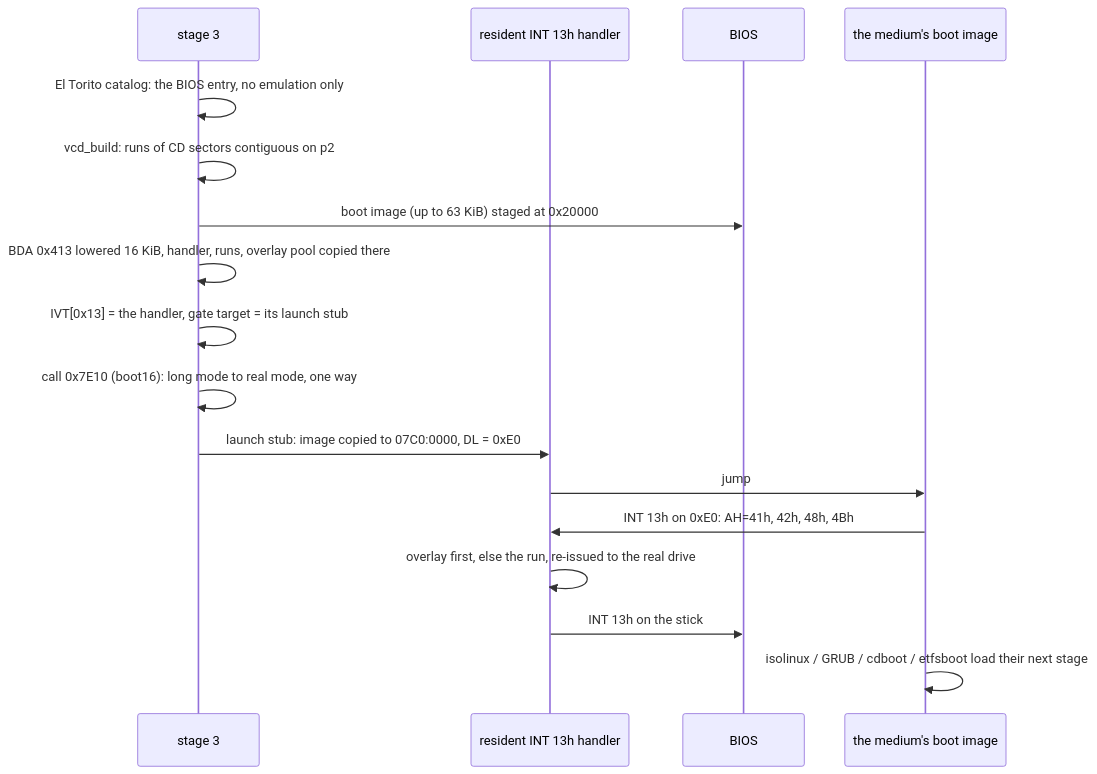
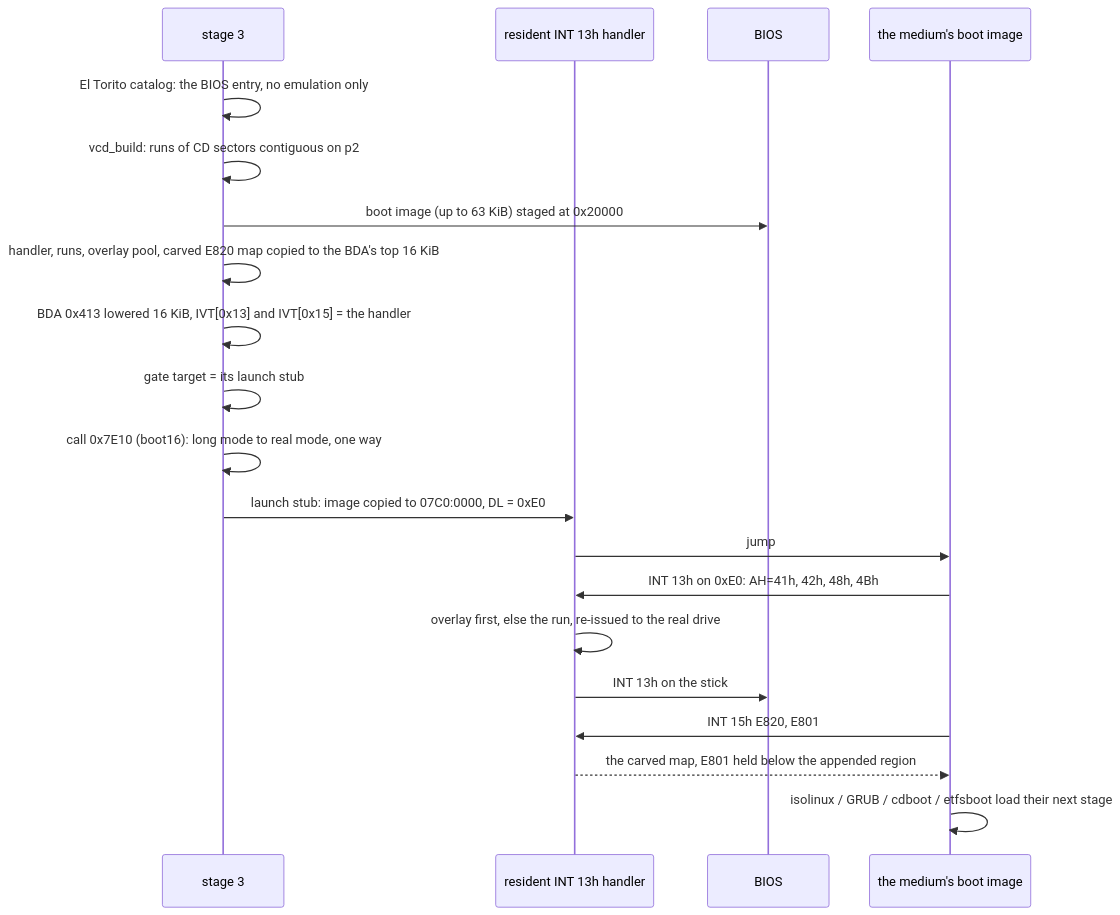
Diagram 18 of 20 in docs/DESIGN.md (vifair22/falcon-boot), drawn with Mermaid before and after one commit. The commit also changed other lines of this file and 10 other files, not shown here.

````diff
--- a/docs/DESIGN.md
+++ b/docs/DESIGN.md
@@ -3067,19 +3067,22 @@
 ```mermaid
 sequenceDiagram
     participant L as stage 3
     participant R as resident INT 13h handler
     participant B as BIOS
     participant P as the medium's boot image
     L->>L: El Torito catalog: the BIOS entry, no emulation only
     L->>L: vcd_build: runs of CD sectors contiguous on p2
     L->>B: boot image (up to 63 KiB) staged at 0x20000
-    L->>L: BDA 0x413 lowered 16 KiB, handler, runs, overlay pool copied there
-    L->>L: IVT[0x13] = the handler, gate target = its launch stub
+    L->>L: handler, runs, overlay pool, carved E820 map copied to the BDA's top 16 KiB
+    L->>L: BDA 0x413 lowered 16 KiB, IVT[0x13] and IVT[0x15] = the handler
+    L->>L: gate target = its launch stub
     L->>L: call 0x7E10 (boot16): long mode to real mode, one way
     L->>R: launch stub: image copied to 07C0:0000, DL = 0xE0
     R->>P: jump
     P->>R: INT 13h on 0xE0: AH=41h, 42h, 48h, 4Bh
     R->>R: overlay first, else the run, re-issued to the real drive
     R->>B: INT 13h on the stick
+    P->>R: INT 15h E820, E801
+    R-->>P: the carved map, E801 held below the appended region
     P->>P: isolinux / GRUB / cdboot / etfsboot load their next stage
 ```
````
